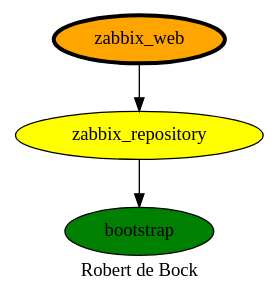
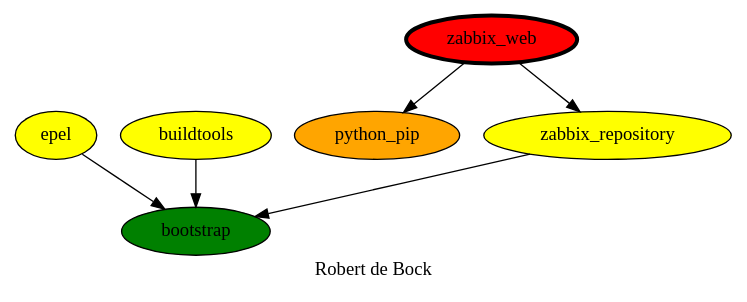
One commit to robertdebock/drawings changed the diagram in zabbix_web.dot. Above: the diagram before and after it, drawn with Graphviz.

Commit message:
More dependencies.

```diff
--- a/zabbix_web.dot
+++ b/zabbix_web.dot
@@ -1,11 +1,15 @@
 digraph PhiloDilemma {
   label = "Robert de Bock" ;
   overlap=false
   {
     bootstrap [fillcolor=green style=filled]
+    
+    epel [fillcolor=yellow style=filled]
+    buildtools [fillcolor=yellow style=filled]
+    python_pip [fillcolor=orange style=filled]
     zabbix_repository [fillcolor=yellow style=filled]
-    zabbix_web [fillcolor=orange style=filled penwidth=3]
+    zabbix_web [fillcolor=red style=filled penwidth=3]
   }
-  zabbix_repository -> bootstrap
-  zabbix_web -> zabbix_repository
+  {buildtools epel zabbix_repository} -> bootstrap
+  zabbix_web -> {zabbix_repository python_pip}
 }
```
